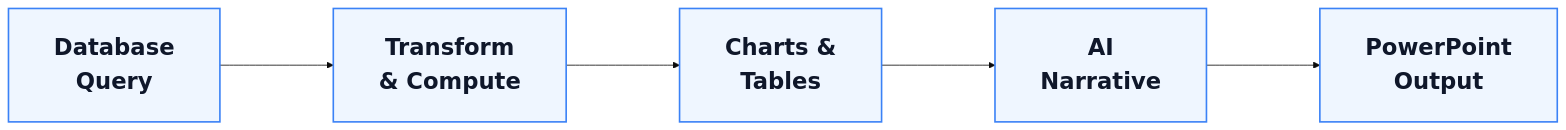
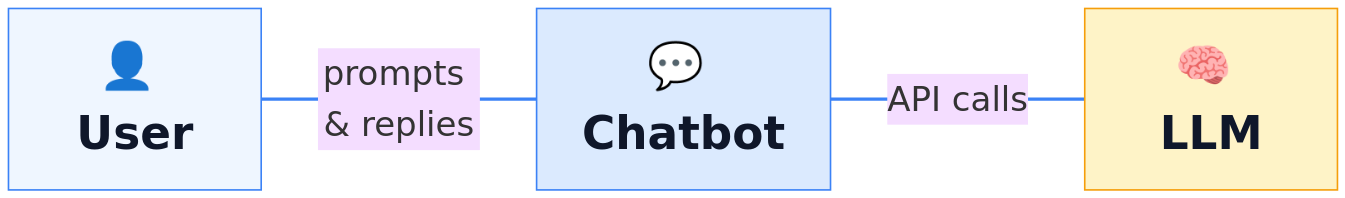
Before and after one commit to kerryback/mgmt675: the first of 2 diagrams in slides/m9-agents.qmd, drawn with Mermaid. The commit also changed other lines of this file and 47 other files, not shown here.

````diff
--- a/slides/m9-agents.qmd
+++ b/slides/m9-agents.qmd
@@ -605,15 +37,13 @@
 ```{mermaid}
 %%| fig-width: 16
-%%{init: {'theme': 'base', 'themeVariables': {'fontSize': '28px'}, 'flowchart': {'nodeSpacing': 100, 'rankSpacing': 140, 'padding': 28, 'useMaxWidth': true}}}%%
+%%{init: {'theme': 'base', 'themeVariables': {'fontSize': '42px'}, 'flowchart': {'nodeSpacing': 100, 'rankSpacing': 140, 'padding': 28, 'useMaxWidth': true}}}%%
 flowchart LR
-  A["<b>Database<br/>Query</b>"] --> B["<b>Transform<br/>& Compute</b>"]
-  B --> C["<b>Charts &<br/>Tables</b>"]
-  C --> D["<b>AI<br/>Narrative</b>"]
-  D --> E["<b>PowerPoint<br/>Output</b>"]
+  U["<b>👤 User</b>"] ---|"prompts & replies"| C["<b>💬 Chatbot</b>"]
+  C ---|"API calls"| L["<b>🧠 LLM</b>"]
 
-  style A fill:#eff6ff,stroke:#3b82f6,stroke-width:2px,color:#0f172a,font-size:28px,padding:24px
-  style B fill:#eff6ff,stroke:#3b82f6,stroke-width:2px,color:#0f172a,font-size:28px,padding:24px
-  style C fill:#eff6ff,stroke:#3b82f6,stroke-width:2px,color:#0f172a,font-size:28px,padding:24px
-  style D fill:#eff6ff,stroke:#3b82f6,stroke-width:2px,color:#0f172a,font-size:28px,padding:24px
-  style E fill:#eff6ff,stroke:#3b82f6,stroke-width:2px,color:#0f172a,font-size:28px,padding:24px
+  style U fill:#eff6ff,stroke:#3b82f6,stroke-width:2px,color:#0f172a,font-size:56px,padding:24px
+  style C fill:#dbeafe,stroke:#3b82f6,stroke-width:2px,color:#0f172a,font-size:56px,padding:24px
+  style L fill:#fef3c7,stroke:#f59e0b,stroke-width:2px,color:#0f172a,font-size:56px,padding:24px
+
+  linkStyle default stroke:#3b82f6,stroke-width:4px
 ```
````
